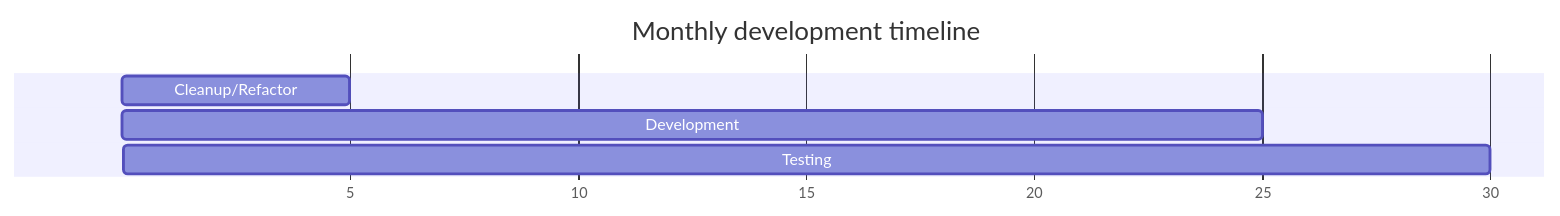
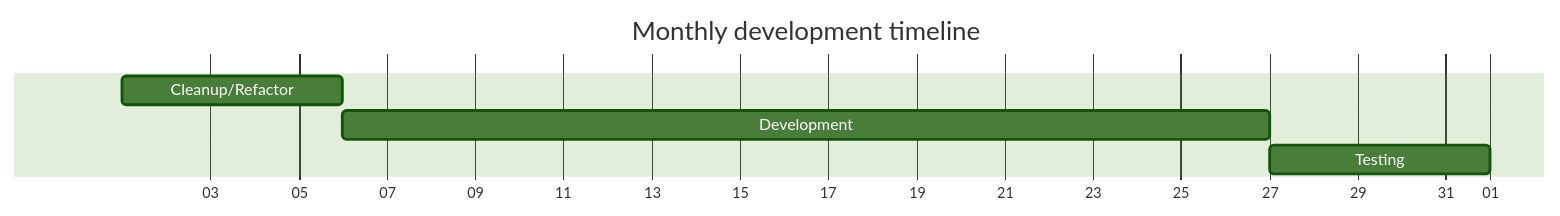
Before and after one commit to spectrum-health-systems/Abatab: the third of 3 diagrams in README_development.md, drawn with Mermaid. The commit also changed other lines of this file, not shown here.

````diff
--- a/README_development.md
+++ b/README_development.md
@@ -97,9 +99,10 @@
 ```mermaid
+%%{init: {'theme':'forest'}}%%
 gantt
-    title Monthly development timeline
-    dateFormat X
-    axisFormat %s
-    Cleanup/Refactor  : 1, 5
-    Development   : 5, 25
-    Testing   : 25, 30
+  title Monthly development timeline
+  dateFormat X
+  axisFormat %d
+  Cleanup/Refactor  : 1, 5d
+  Development   : 21d
+  Testing   : 5d
 ```
````
